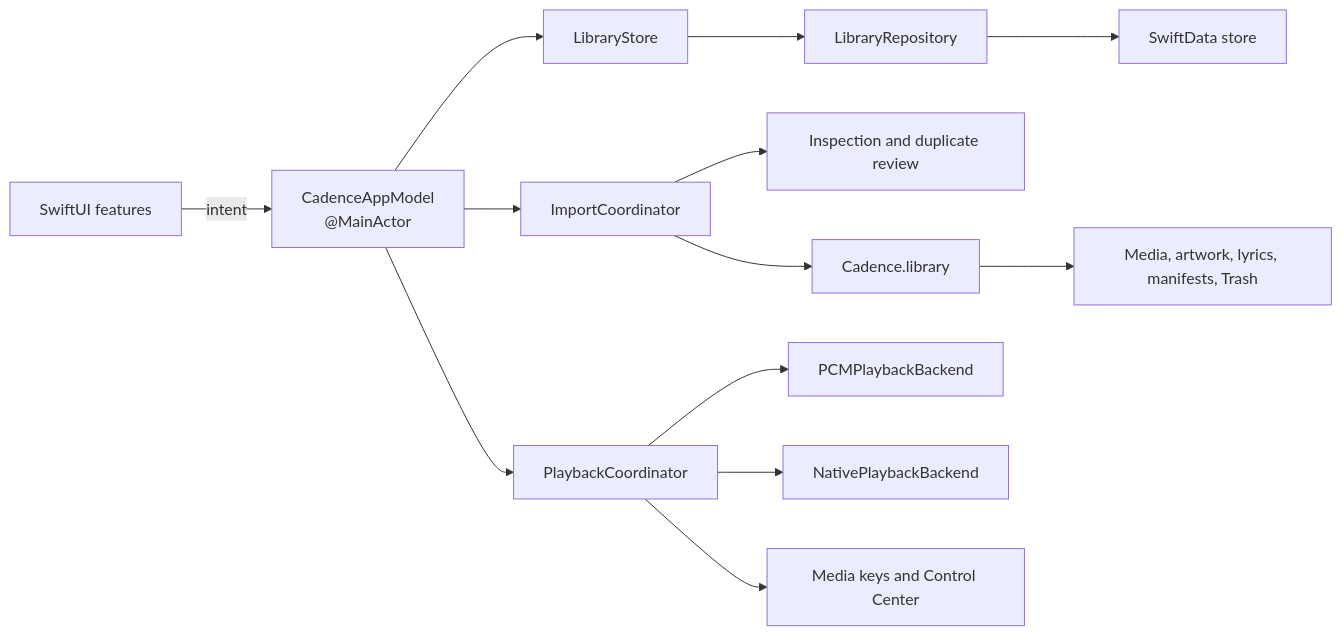
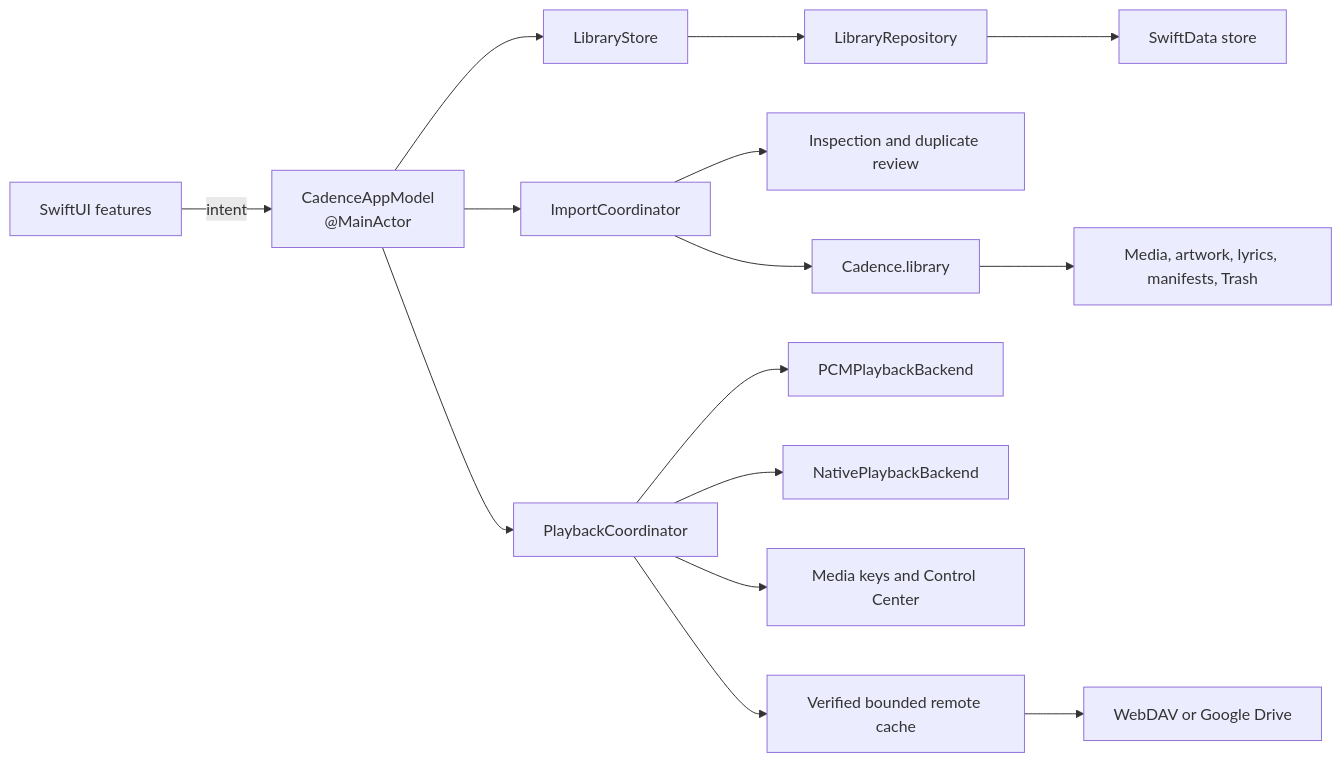
One commit to qenterra/cadence changed the diagram in docs/ARCHITECTURE.md. Above: the diagram before and after it, drawn with Mermaid. The commit also changed other lines of this file and 31 other files, not shown here.

Commit message:
feat: add verified remote media providers

````diff
--- a/docs/ARCHITECTURE.md
+++ b/docs/ARCHITECTURE.md
@@ -8,15 +8,17 @@
 ```mermaid
 flowchart LR
     UI["SwiftUI features"] -->|"intent"| Model["CadenceAppModel<br/>@MainActor"]
     Model --> Store["LibraryStore"]
     Store --> Repository["LibraryRepository"]
     Repository --> SwiftData["SwiftData store"]
     Model --> Import["ImportCoordinator"]
     Import --> Inspector["Inspection and duplicate review"]
     Import --> Managed["Cadence.library"]
     Model --> Playback["PlaybackCoordinator"]
     Playback --> PCM["PCMPlaybackBackend"]
     Playback --> Native["NativePlaybackBackend"]
     Playback --> System["Media keys and Control Center"]
     Managed --> Media["Media, artwork, lyrics, manifests, Trash"]
+    Playback --> RemoteCache["Verified bounded remote cache"]
+    RemoteCache --> Providers["WebDAV or Google Drive"]
 ```
````
